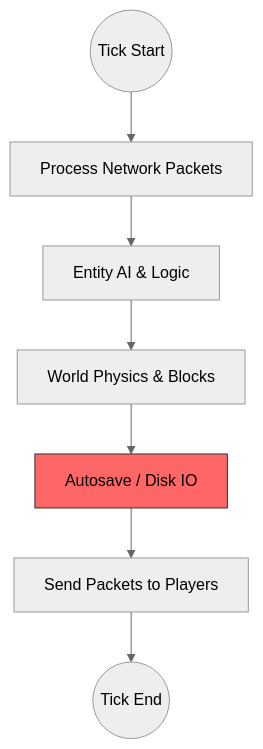
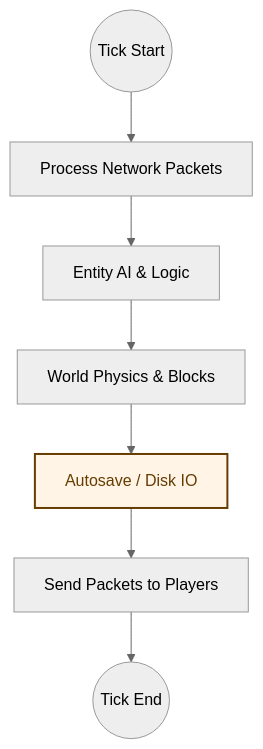
The diagram in docs/source/optimization.rst (Earth1283/OpenWiki), drawn with Mermaid (neutral theme) before and after one commit. The commit also changed 3 other files, not shown here.

```diff
--- a/docs/source/optimization.rst
+++ b/docs/source/optimization.rst
@@ -19,11 +19,11 @@
 .. mermaid::
 
    graph TD
        Start((Tick Start)) --> Input[Process Network Packets]
        Input --> AI[Entity AI & Logic]
        AI --> Physics[World Physics & Blocks]
        Physics --> Save[Autosave / Disk IO]
        Save --> Output[Send Packets to Players]
        Output --> End((Tick End))
        
-       style Save fill:#f66,stroke:#333
+       style Save fill:#fff4e5,stroke:#663c00,stroke-width:2px,color:#663c00
```
